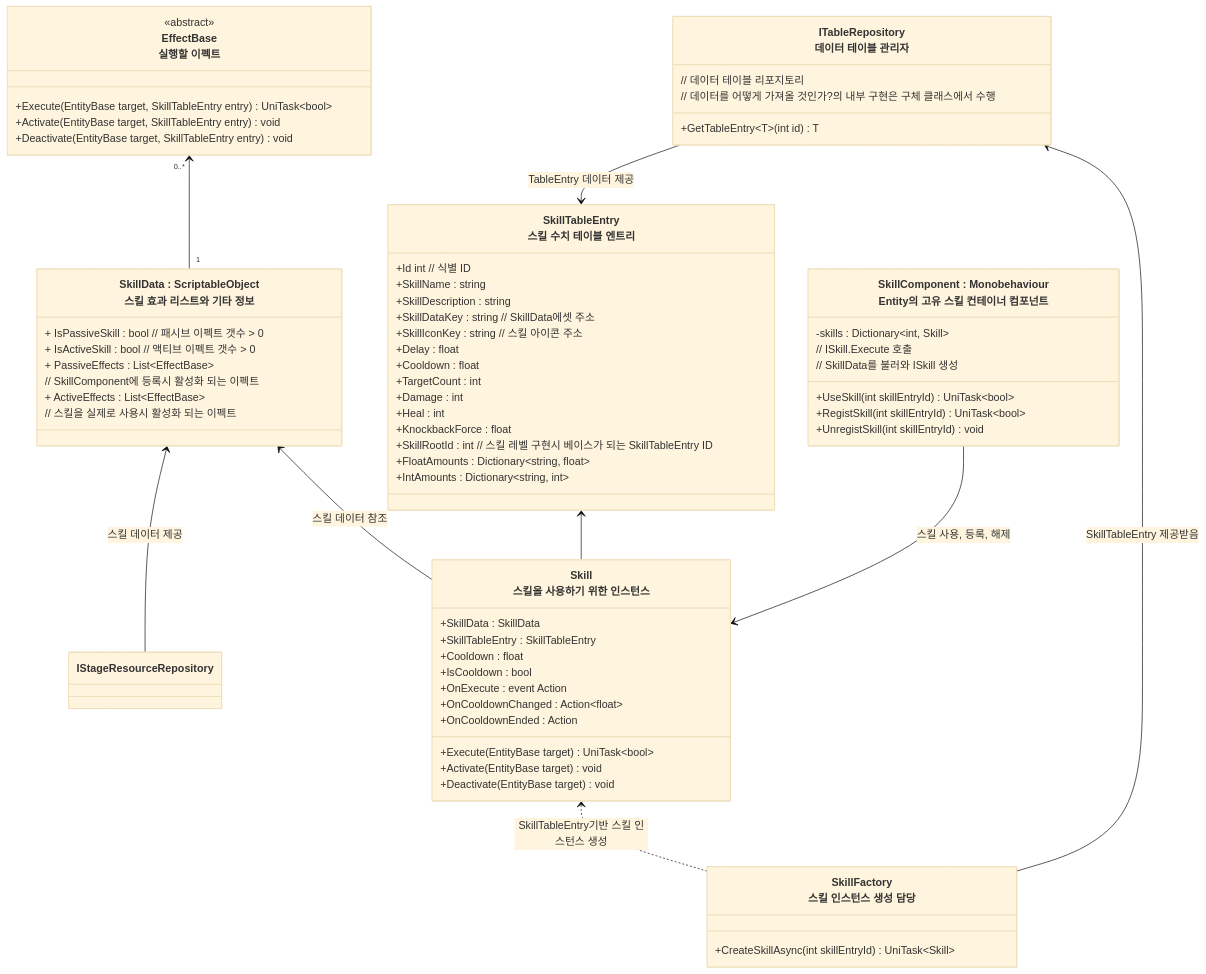
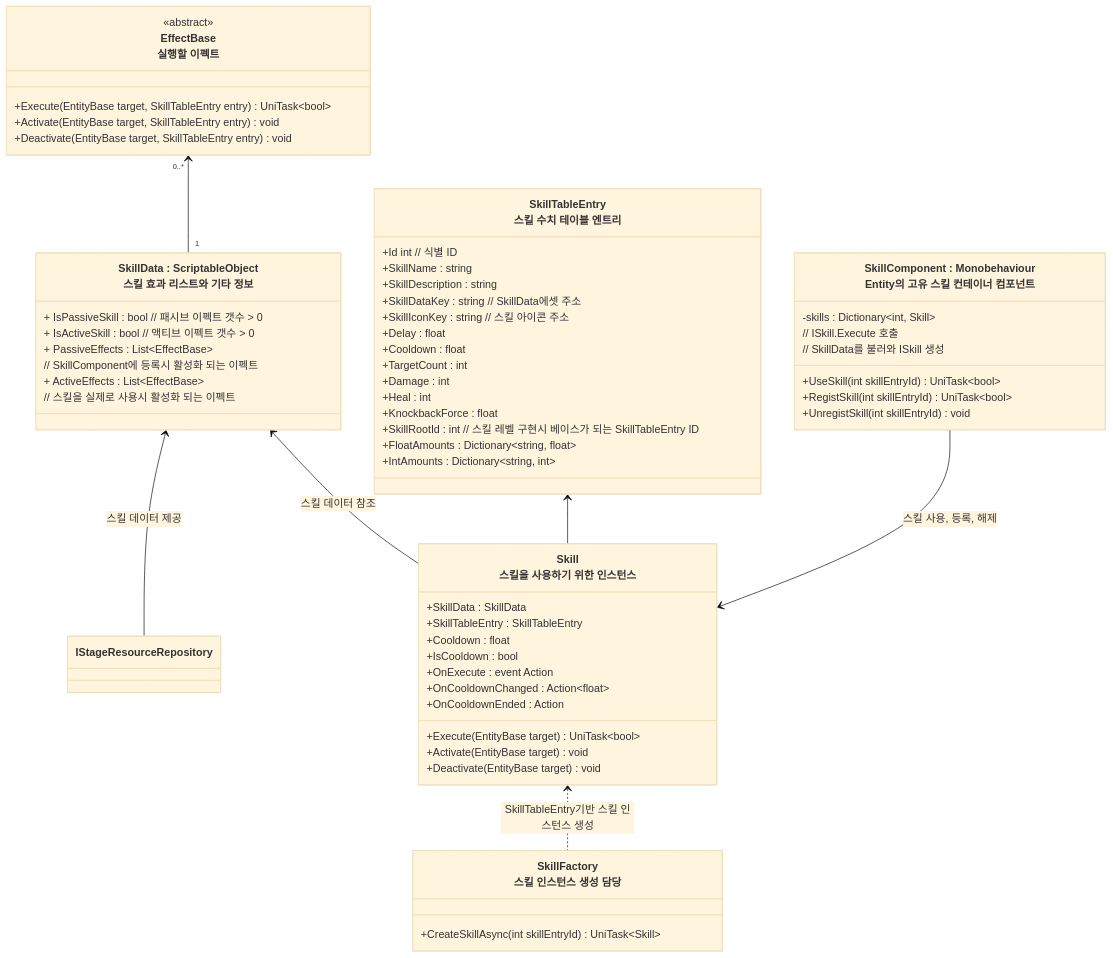
One commit to JIN5EOK/DungeonShooter changed the first of 2 diagrams in README/스킬시스템_설계.md. Above: the diagram before and after it, drawn with Mermaid (base theme). The commit also changed other lines of this file and 3 other files, not shown here.

````diff
--- a/README/스킬시스템_설계.md
+++ b/README/스킬시스템_설계.md
@@ -7,75 +7,67 @@
 ```mermaid
 classDiagram
     class EffectBase["EffectBase<br>실행할 이펙트"]{
         <<abstract>>
         +Execute(EntityBase target, SkillTableEntry entry) UniTask~bool~
         +Activate(EntityBase target, SkillTableEntry entry) void
         +Deactivate(EntityBase target, SkillTableEntry entry) void
     }
     
     class SkillData["SkillData : ScriptableObject<br>스킬 효과 리스트와 기타 정보"]{
 		+ IsPassiveSkill : bool // 패시브 이펙트 갯수 > 0
 		+ IsActiveSkill : bool // 액티브 이펙트 갯수 > 0
         + PassiveEffects : List~EffectBase~ 
         // SkillComponent에 등록시 활성화 되는 이펙트
         + ActiveEffects : List~EffectBase~ 
         // 스킬을 실제로 사용시 활성화 되는 이펙트
     }
 
     class Skill["Skill<br>스킬을 사용하기 위한 인스턴스"]{
         +SkillData : SkillData
         +SkillTableEntry : SkillTableEntry
         +Cooldown : float
         +IsCooldown : bool
         +OnExecute : event Action
         +OnCooldownChanged : Action~float~
         +OnCooldownEnded : Action
         +Execute(EntityBase target) UniTask~bool~
         +Activate(EntityBase target) void
         +Deactivate(EntityBase target) void
     }
 
 	class SkillTableEntry["SkillTableEntry<br>스킬 수치 테이블 엔트리"]{
 		+Id int // 식별 ID
 		+SkillName : string
 		+SkillDescription : string
 		+SkillDataKey : string // SkillData에셋 주소
 		+SkillIconKey : string // 스킬 아이콘 주소
 		+Delay : float
 		+Cooldown : float
 		+TargetCount : int
         +Damage : int
         +Heal : int
 		+KnockbackForce : float
         +SkillRootId : int // 스킬 레벨 구현시 베이스가 되는 SkillTableEntry ID
         +FloatAmounts : Dictionary~string, float~
         +IntAmounts : Dictionary~string, int~
 	}
 	
     class SkillComponent["SkillComponent : Monobehaviour<br>Entity의 고유 스킬 컨테이너 컴포넌트"]{
         -skills : Dictionary~int, Skill~
         +UseSkill(int skillEntryId) UniTask~bool~
         // ISkill.Execute 호출
         +RegistSkill(int skillEntryId) UniTask~bool~
         // SkillData를 불러와 ISkill 생성 
         +UnregistSkill(int skillEntryId) void
     }
     
-	class ITableRepository["ITableRepository<br>데이터 테이블 관리자"]{
-		// 데이터 테이블 리포지토리
-		// 데이터를 어떻게 가져올 것인가?의 내부 구현은 구체 클래스에서 수행
-		+GetTableEntry~T~(int id) T
-	}
-	
 	class SkillFactory["SkillFactory<br>스킬 인스턴스 생성 담당"]{
         +CreateSkillAsync(int skillEntryId) UniTask~Skill~
     }
 	SkillData <-- IStageResourceRepository : 스킬 데이터 제공
     SkillTableEntry <-- Skill
     SkillData <-- Skill : 스킬 데이터 참조
     EffectBase "0..*"<--"1" SkillData
-    SkillComponent --> Skill  : 스킬 사용, 등록, 해제 
-    ITableRepository --> SkillTableEntry : TableEntry 데이터 제공
+    SkillComponent --> Skill  : 스킬 사용, 등록, 해제
     Skill <.. SkillFactory : SkillTableEntry기반 스킬 인스턴스 생성
-    ITableRepository <-- SkillFactory : SkillTableEntry 제공받음 
 ```
````
